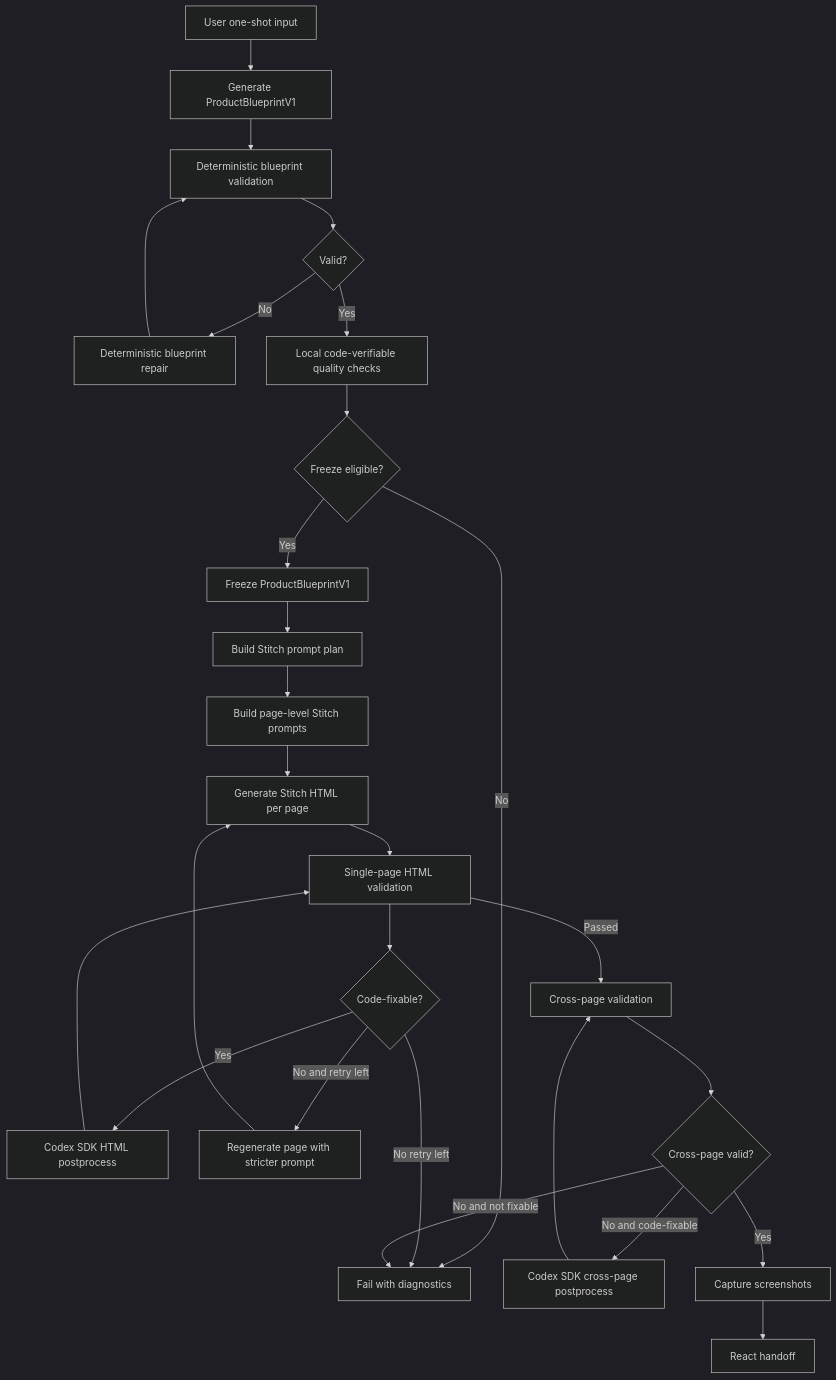
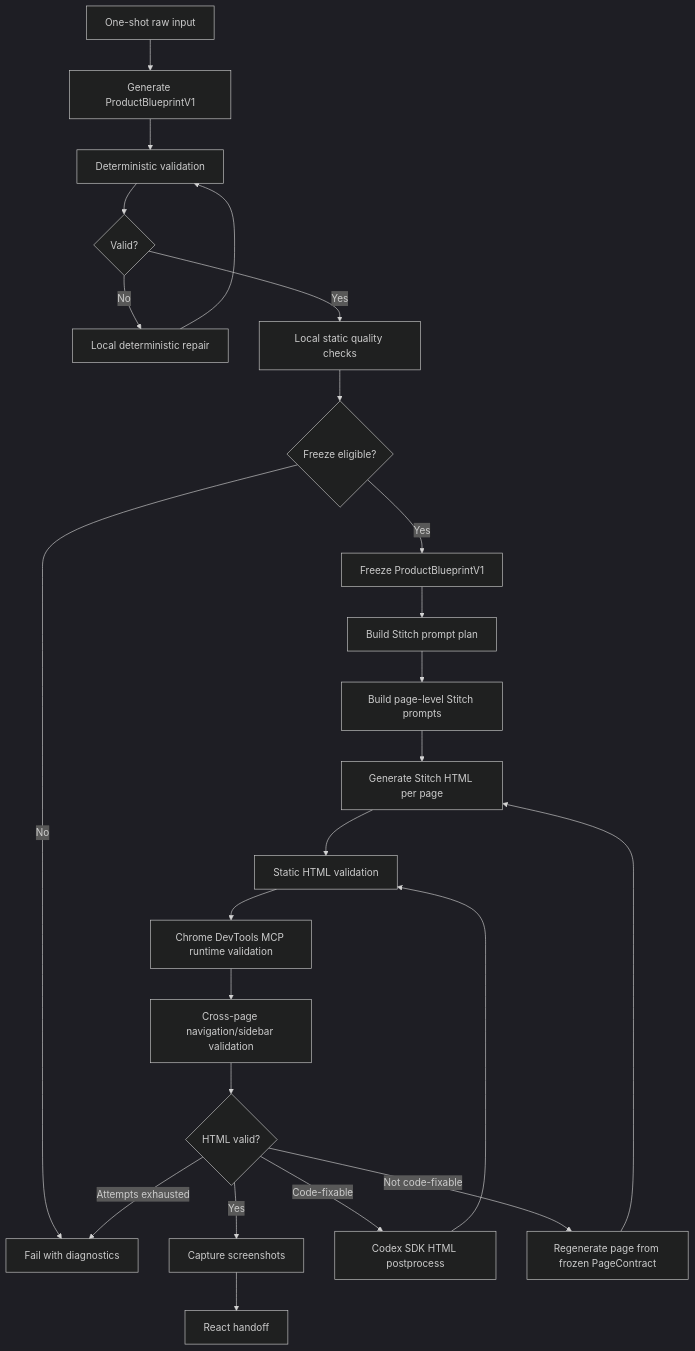
The first of 2 diagrams in docs/current-pipeline-mermaid.md (CharlieHasAHeart/stitch2react), drawn with Mermaid (dark theme) before and after one commit. The commit also changed other lines of this file and 7 other files, not shown here.

````diff
--- a/docs/current-pipeline-mermaid.md
+++ b/docs/current-pipeline-mermaid.md
@@ -17,30 +9,27 @@
 ```mermaid
 flowchart TD
-  A["User one-shot input"] --> B["Generate ProductBlueprintV1"]
-  B --> C["Deterministic blueprint validation"]
+  A["One-shot raw input"] --> B["Generate ProductBlueprintV1"]
+  B --> C["Deterministic validation"]
   C --> D{"Valid?"}
-  D -->|No| E["Deterministic blueprint repair"]
+  D -->|No| E["Local deterministic repair"]
   E --> C
-  D -->|Yes| F["Local code-verifiable quality checks"]
+  D -->|Yes| F["Local static quality checks"]
   F --> G{"Freeze eligible?"}
   G -->|No| Z["Fail with diagnostics"]
   G -->|Yes| H["Freeze ProductBlueprintV1"]
 
   H --> I["Build Stitch prompt plan"]
   I --> J["Build page-level Stitch prompts"]
   J --> K["Generate Stitch HTML per page"]
-  K --> L["Single-page HTML validation"]
-  L --> M{"Code-fixable?"}
-  M -->|Yes| N["Codex SDK HTML postprocess"]
-  N --> L
-  M -->|No and retry left| O["Regenerate page with stricter prompt"]
-  O --> K
-  M -->|No retry left| Z
-  L -->|Passed| P["Cross-page validation"]
-  P --> Q{"Cross-page valid?"}
-  Q -->|No and code-fixable| R["Codex SDK cross-page postprocess"]
-  R --> P
-  Q -->|No and not fixable| Z
-  Q -->|Yes| S["Capture screenshots"]
-  S --> T["React handoff"]
+  K --> L["Static HTML validation"]
+  L --> M["Chrome DevTools MCP runtime validation"]
+  M --> N["Cross-page navigation/sidebar validation"]
+  N --> O{"HTML valid?"}
+  O -->|Yes| P["Capture screenshots"]
+  P --> Q["React handoff"]
+  O -->|Code-fixable| R["Codex SDK HTML postprocess"]
+  R --> L
+  O -->|Not code-fixable| S["Regenerate page from frozen PageContract"]
+  S --> K
+  O -->|Attempts exhausted| Z
 ```
````
